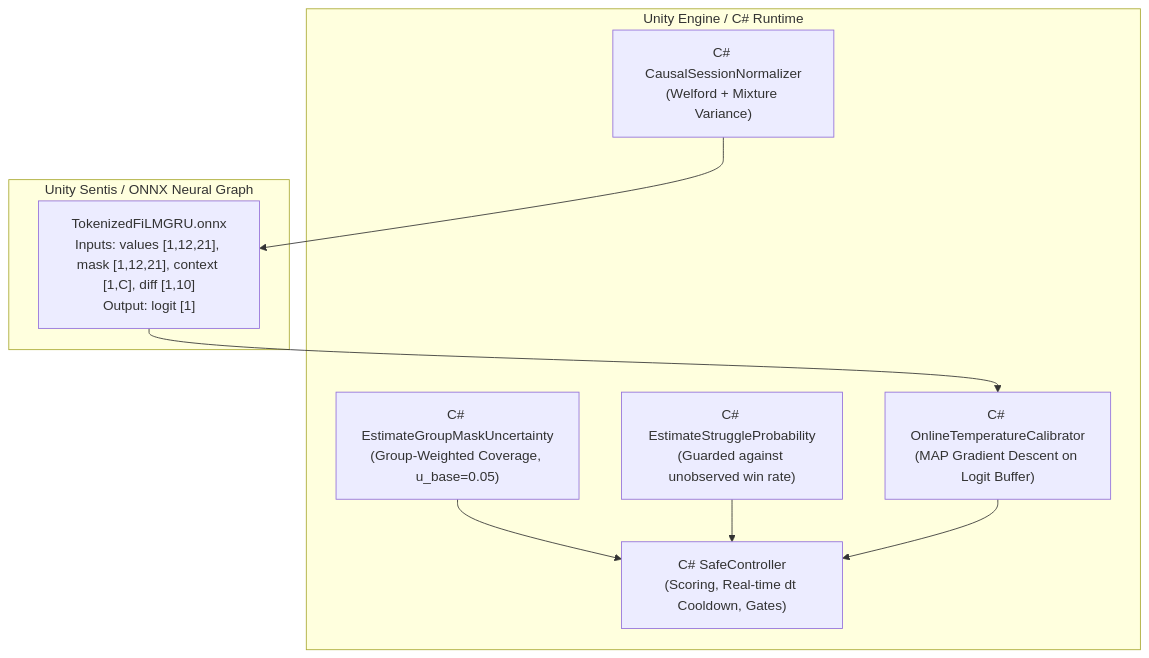
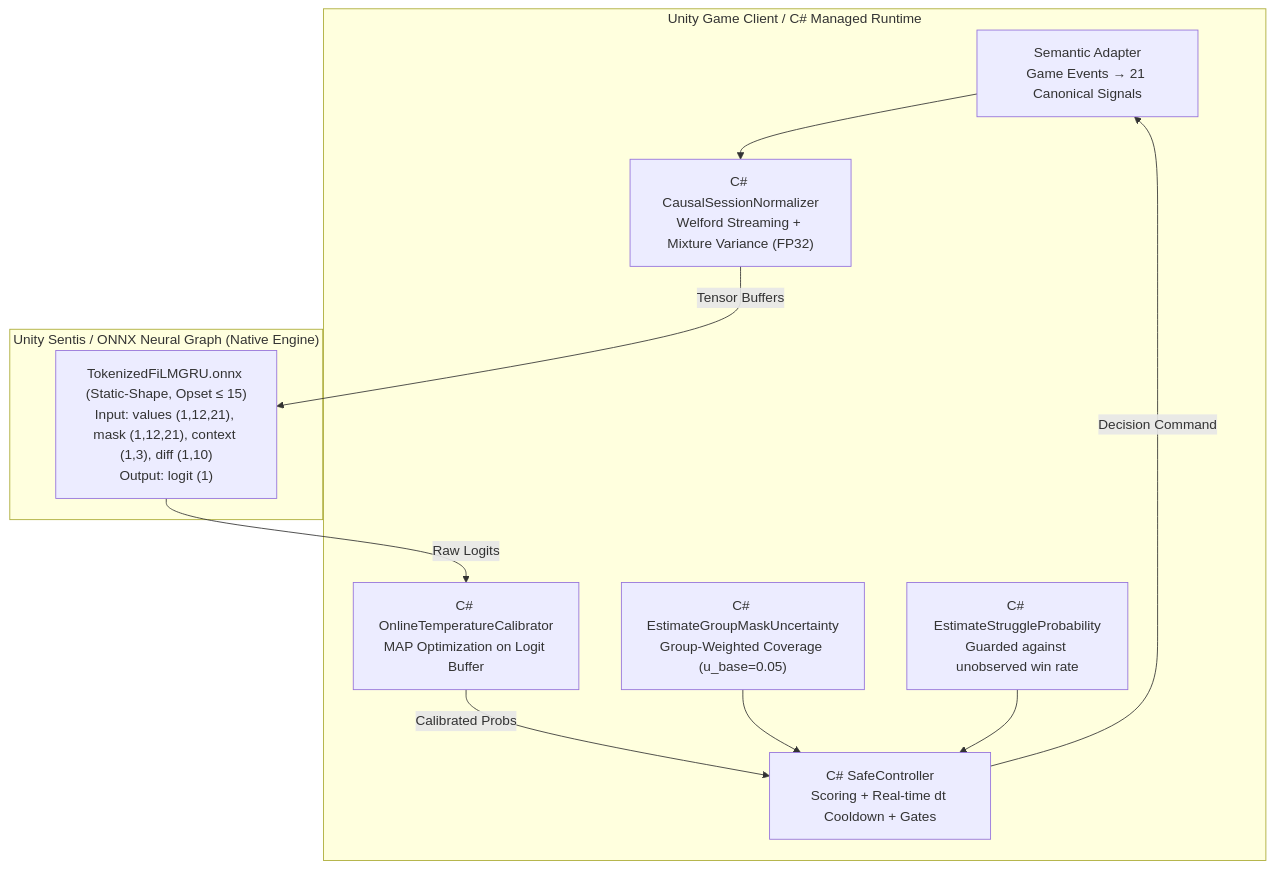
Before and after one commit to sonbm-itealvn/DDA-models: diagram 15 of 16 in SYSTEM_ARCHITECTURE_ANALYSIS.md, drawn with Mermaid. The commit also changed other lines of this file and 2 other files, not shown here.

````diff
--- a/SYSTEM_ARCHITECTURE_ANALYSIS.md
+++ b/SYSTEM_ARCHITECTURE_ANALYSIS.md
@@ -663,20 +986,23 @@
 ```mermaid
-graph TD
-    subgraph Unity Engine / C# Runtime
-        CS_Norm["C# CausalSessionNormalizer<br/>(Welford + Mixture Variance)"]
-        CS_Unc["C# EstimateGroupMaskUncertainty<br/>(Group-Weighted Coverage, u_base=0.05)"]
-        CS_Strug["C# EstimateStruggleProbability<br/>(Guarded against unobserved win rate)"]
-        CS_Calib["C# OnlineTemperatureCalibrator<br/>(MAP Gradient Descent on Logit Buffer)"]
-        CS_Ctrl["C# SafeController<br/>(Scoring, Real-time dt Cooldown, Gates)"]
+flowchart TB
+    subgraph UNITY_CSHARP ["Unity Game Client / C# Managed Runtime"]
+        ADAPT["Semantic Adapter<br/>Game Events → 21 Canonical Signals"]
+        NORM["C# CausalSessionNormalizer<br/>Welford Streaming + Mixture Variance (FP32)"]
+        UNC["C# EstimateGroupMaskUncertainty<br/>Group-Weighted Coverage (u_base=0.05)"]
+        STRUG["C# EstimateStruggleProbability<br/>Guarded against unobserved win rate"]
+        CALIB["C# OnlineTemperatureCalibrator<br/>MAP Optimization on Logit Buffer"]
+        CTRL["C# SafeController<br/>Scoring + Real-time dt Cooldown + Gates"]
     end
 
-    subgraph Unity Sentis / ONNX Neural Graph
-        Model_ONNX["TokenizedFiLMGRU.onnx<br/>Inputs: values [1,12,21], mask [1,12,21], context [1,C], diff [1,10]<br/>Output: logit [1]"]
+    subgraph SENTIS_GRAPH ["Unity Sentis / ONNX Neural Graph (Native Engine)"]
+        ONNX["TokenizedFiLMGRU.onnx (Static-Shape, Opset ≤ 15)<br/>Input: values (1,12,21), mask (1,12,21), context (1,3), diff (1,10)<br/>Output: logit (1)"]
     end
 
-    CS_Norm --> Model_ONNX
-    Model_ONNX --> CS_Calib
-    CS_Unc --> CS_Ctrl
-    CS_Strug --> CS_Ctrl
-    CS_Calib --> CS_Ctrl
+    ADAPT --> NORM
+    NORM -->|"Tensor Buffers"| ONNX
+    ONNX -->|"Raw Logits"| CALIB
+    CALIB -->|"Calibrated Probs"| CTRL
+    UNC --> CTRL
+    STRUG --> CTRL
+    CTRL -->|"Decision Command"| ADAPT
 ```
````
